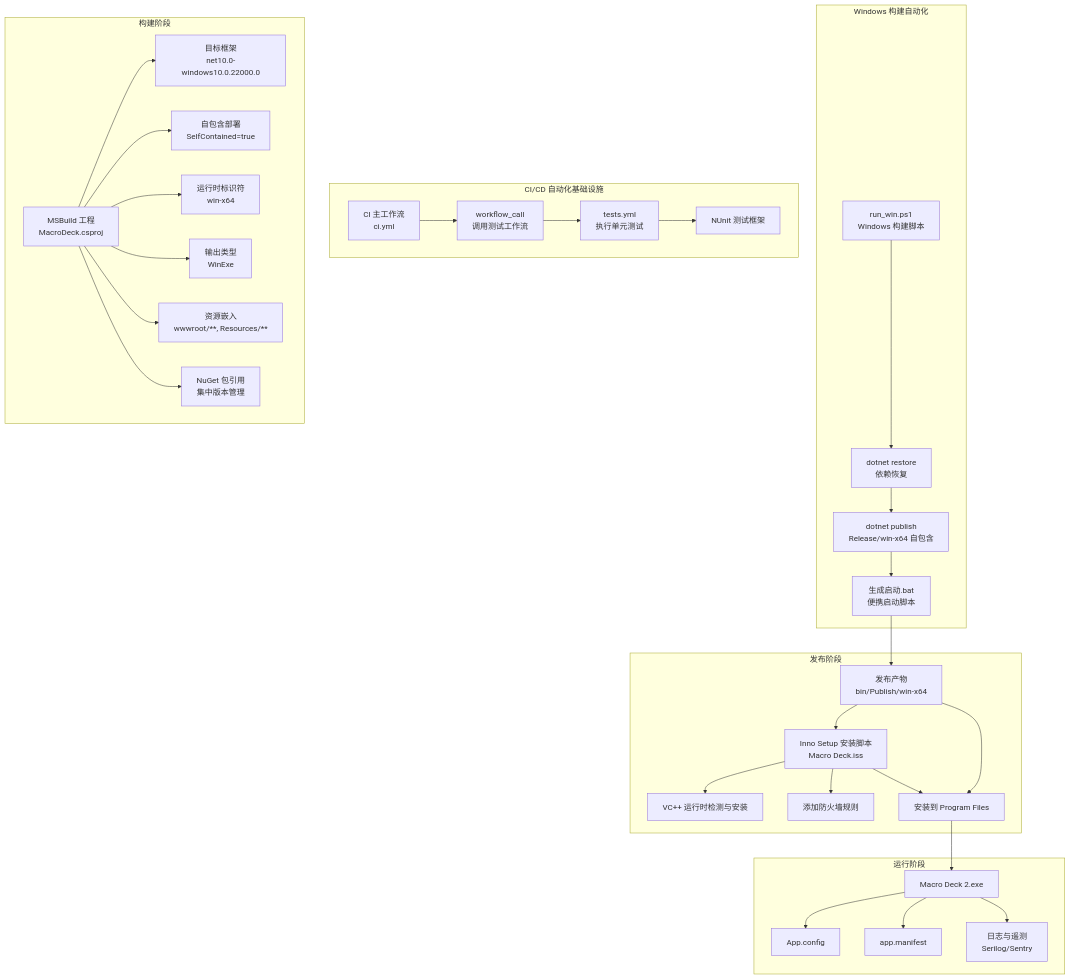
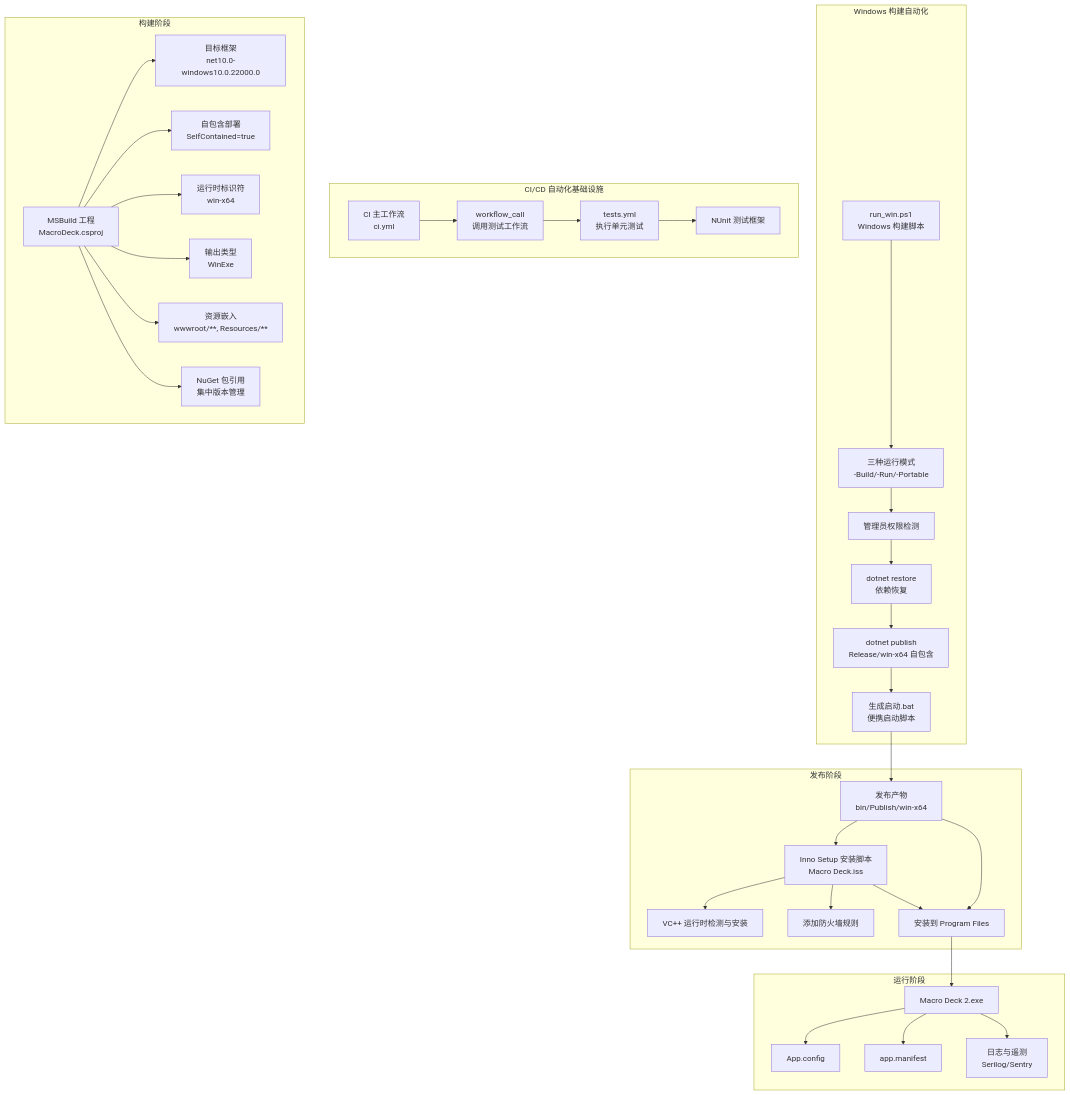
One commit to tea4go/Macro-Deck changed the second of 7 diagrams in .qoder/repowiki/zh/content/开发者指南/构建和部署.md. Above: the diagram before and after it, drawn with Mermaid. The commit also changed other lines of this file and 32 other files, not shown here.

````diff
--- a/.qoder/repowiki/zh/content/开发者指南/构建和部署.md
+++ b/.qoder/repowiki/zh/content/开发者指南/构建和部署.md
@@ -129,35 +129,37 @@
 ```mermaid
 graph TB
 subgraph "Windows 构建自动化"
-RUNWIN["run_win.ps1<br/>Windows 构建脚本"] --> RESTORE["dotnet restore<br/>依赖恢复"]
+RUNWIN["run_win.ps1<br/>Windows 构建脚本"] --> MODE["三种运行模式<br/>-Build/-Run/-Portable"]
+MODE --> ADMIN["管理员权限检测"]
+ADMIN --> RESTORE["dotnet restore<br/>依赖恢复"]
 RESTORE --> PUBLISH["dotnet publish<br/>Release/win-x64 自包含"]
 PUBLISH --> BATCH["生成启动.bat<br/>便携启动脚本"]
 end
 subgraph "CI/CD 自动化基础设施"
 CI["CI 主工作流<br/>ci.yml"] --> CALL["workflow_call<br/>调用测试工作流"]
 CALL --> TESTS["tests.yml<br/>执行单元测试"]
 TESTS --> UNIT["NUnit 测试框架"]
 end
 subgraph "构建阶段"
 P["MSBuild 工程<br/>MacroDeck.csproj"] --> TF["目标框架<br/>net10.0-windows10.0.22000.0"]
 P --> SC["自包含部署<br/>SelfContained=true"]
 P --> RT["运行时标识符<br/>win-x64"]
 P --> OF["输出类型<br/>WinExe"]
 P --> RES["资源嵌入<br/>wwwroot/**, Resources/**"]
 P --> PKG["NuGet 包引用<br/>集中版本管理"]
 end
 subgraph "发布阶段"
 BIN["发布产物<br/>bin/Publish/win-x64"] --> INS["Inno Setup 安装脚本<br/>Macro Deck.iss"]
 INS --> RUNTIME["VC++ 运行时检测与安装"]
 INS --> FIREWALL["添加防火墙规则"]
 INS --> INSTALL["安装到 Program Files"]
 end
 subgraph "运行阶段"
 APP["Macro Deck 2.exe"] --> CFG["App.config"]
 APP --> MAN["app.manifest"]
 APP --> LOG["日志与遥测<br/>Serilog/Sentry"]
 end
 BATCH --> BIN
 BIN --> INSTALL
 INSTALL --> APP
 ```
````
